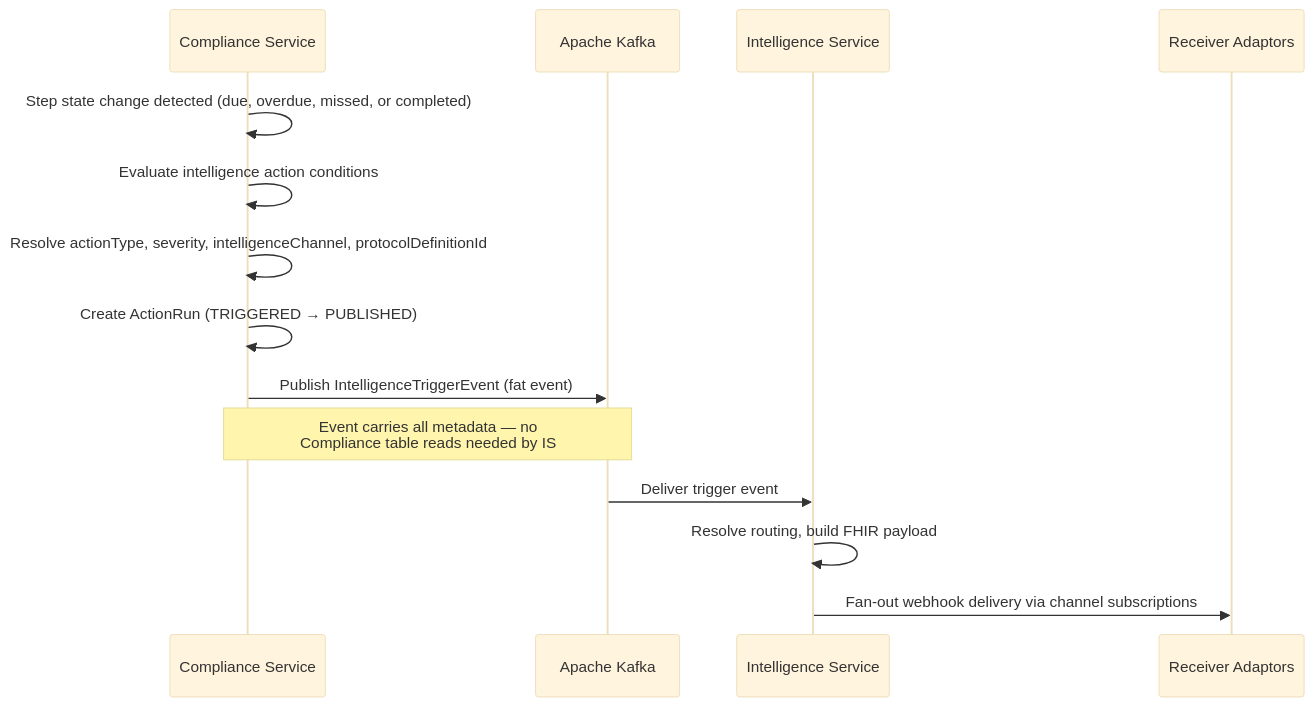
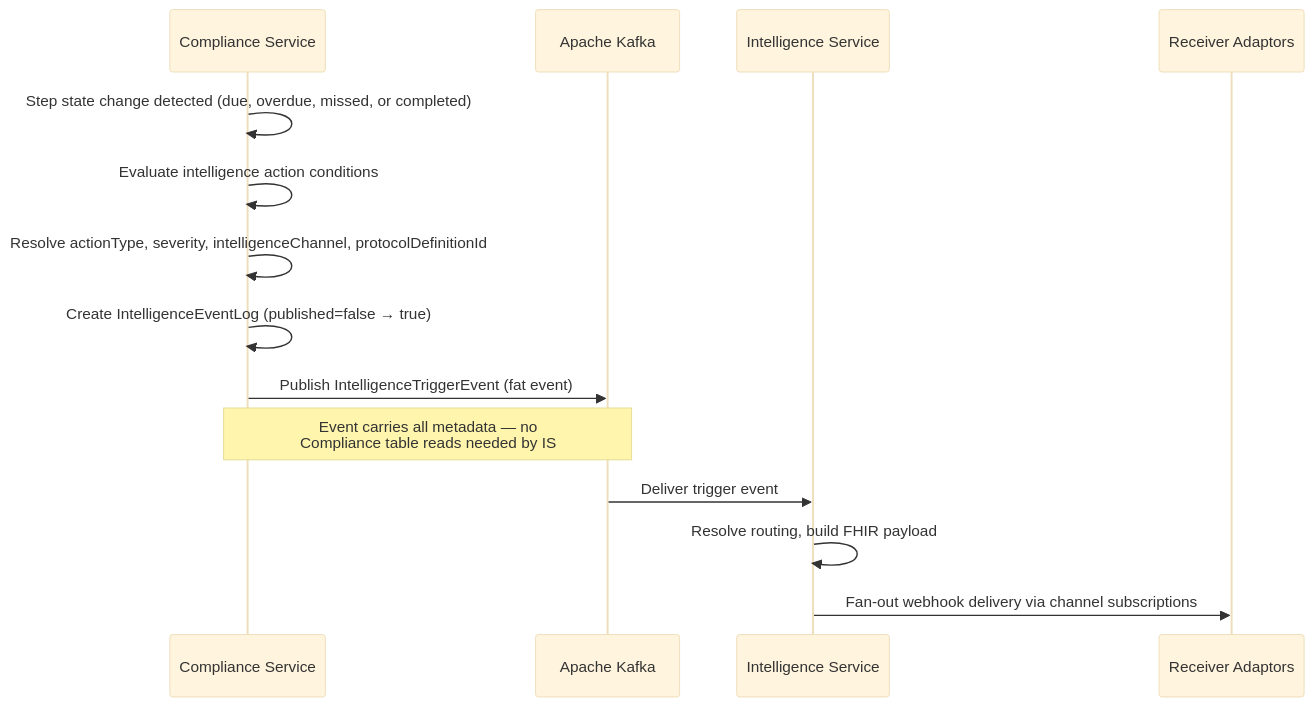
The second of 6 diagrams in docs/architecture-overview.md (Jayaprakash8887/cce-intelligence-service), drawn with Mermaid (base theme) before and after one commit. The commit also changed other lines of this file and 5 other files, not shown here.

Commit message:
Update documentation to reflect changes in delivery_run and intelligence_event terminology

````diff
--- a/docs/architecture-overview.md
+++ b/docs/architecture-overview.md
@@ -67,17 +67,17 @@
 ```mermaid
 sequenceDiagram
     participant CS as Compliance Service
     participant Kafka as Apache Kafka
     participant IS as Intelligence Service
     participant RA as Receiver Adaptors
 
     CS->>CS: Step state change detected (due, overdue, missed, or completed)
     CS->>CS: Evaluate intelligence action conditions
     CS->>CS: Resolve actionType, severity, intelligenceChannel, protocolDefinitionId
-    CS->>CS: Create ActionRun (TRIGGERED → PUBLISHED)
+    CS->>CS: Create IntelligenceEventLog (published=false → true)
     CS->>Kafka: Publish IntelligenceTriggerEvent (fat event)
     Note over CS,Kafka: Event carries all metadata — no<br/>Compliance table reads needed by IS
     Kafka->>IS: Deliver trigger event
     IS->>IS: Resolve routing, build FHIR payload
     IS->>RA: Fan-out webhook delivery via channel subscriptions
 ```
````
